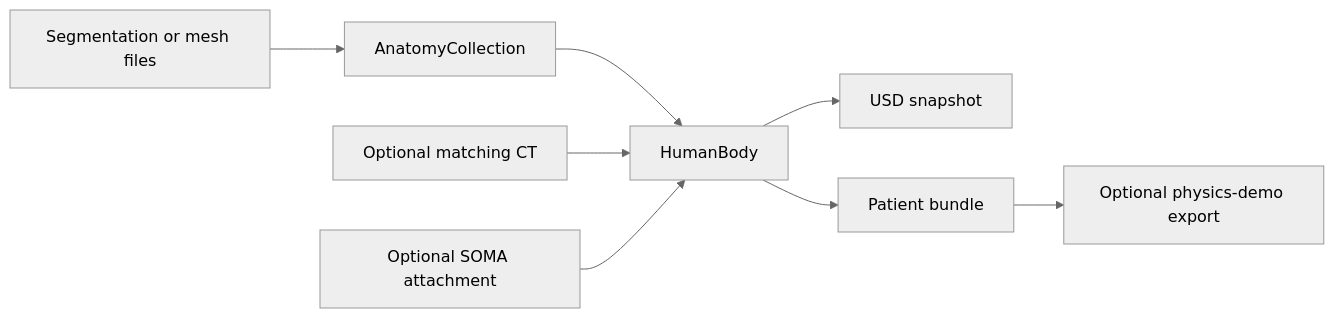
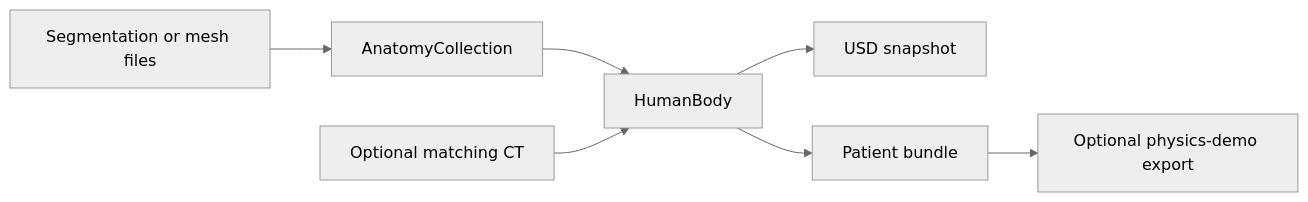
The diagram in patient-digital-twin/README.md (isaac-for-healthcare/i4h-digital-twin), drawn with Mermaid (neutral theme) before and after one commit. The commit also changed other lines of this file and 56 other files, not shown here.

````diff
--- a/patient-digital-twin/README.md
+++ b/patient-digital-twin/README.md
@@ -378,10 +239,9 @@
 ```mermaid
 flowchart LR
     A[Segmentation or mesh files] --> B[AnatomyCollection]
     B --> C[HumanBody]
     D[Optional matching CT] --> C
-    E[Optional SOMA attachment] --> C
     C --> F[USD snapshot]
     C --> G[Patient bundle]
     G --> H[Optional physics-demo export]
 ```
````
